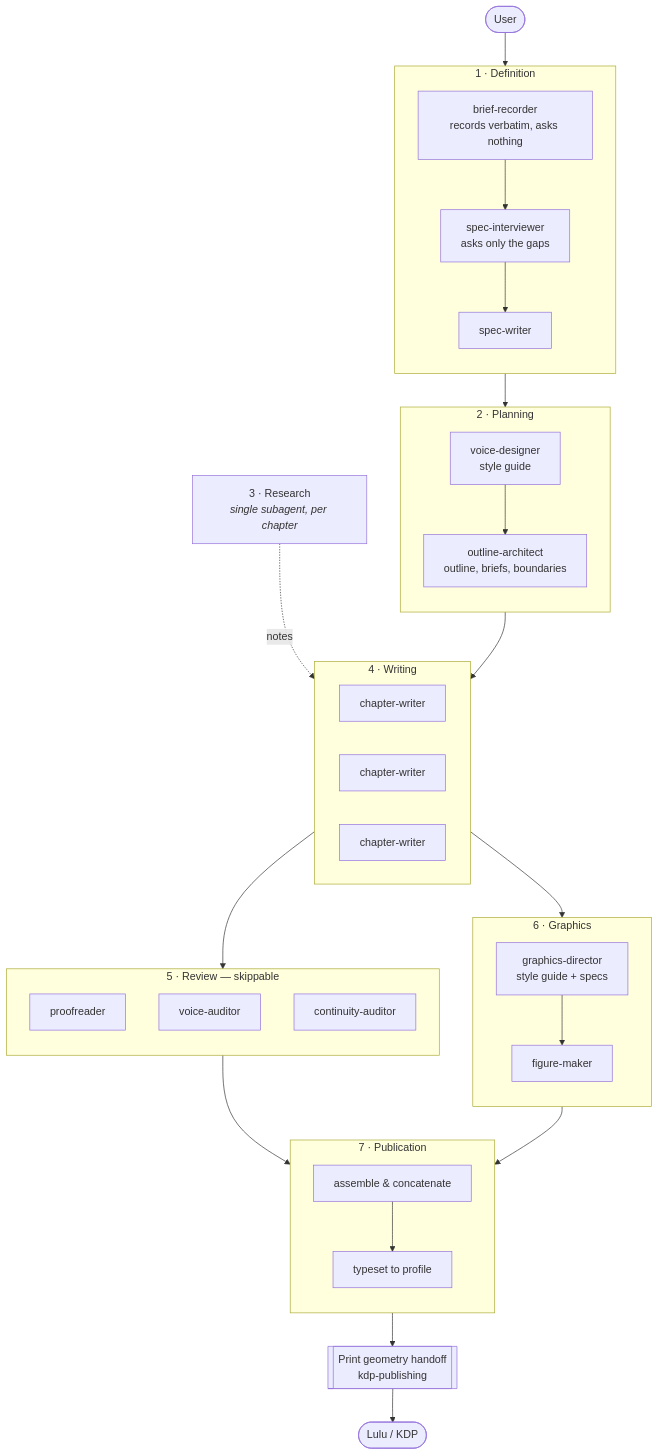
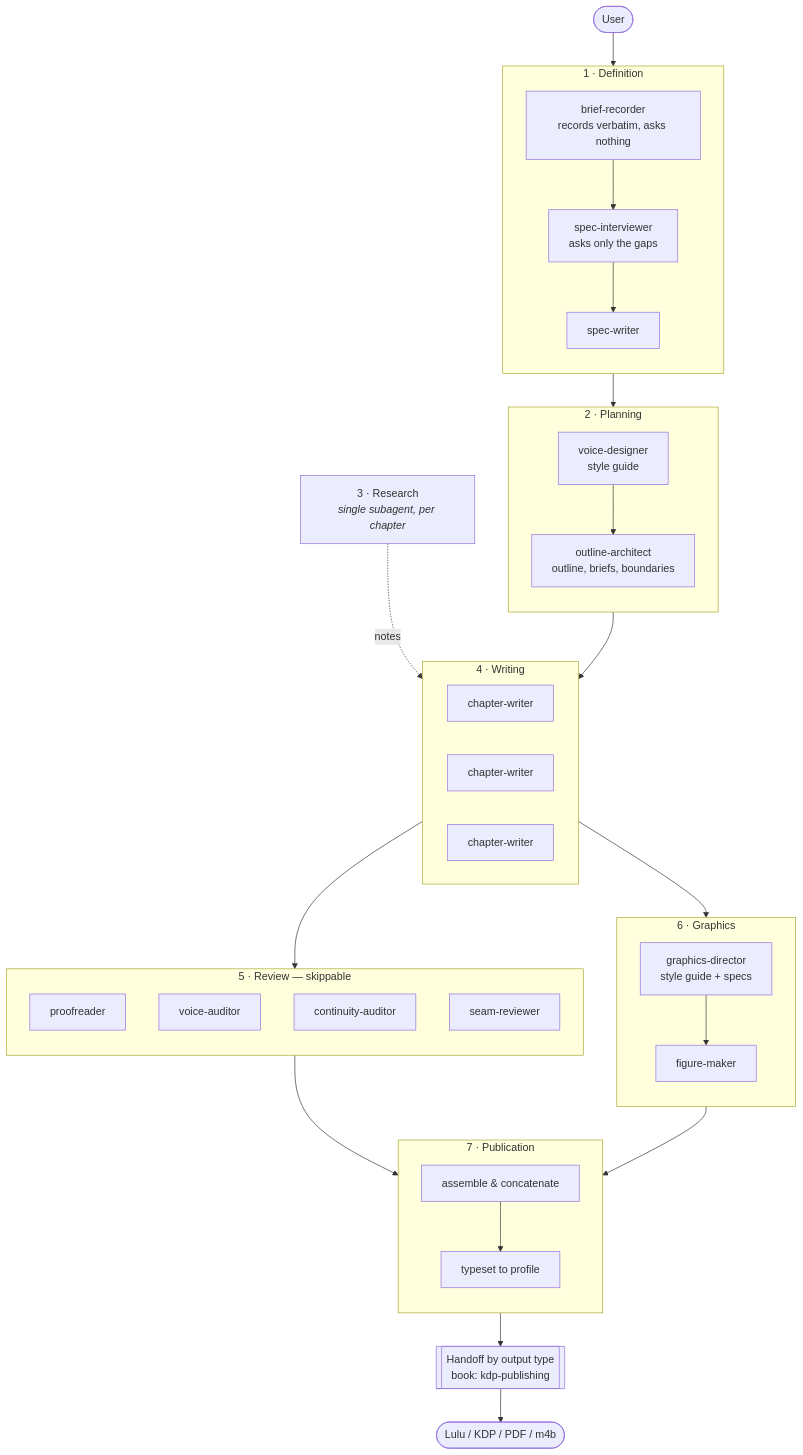
Before and after one commit to danielrosehill/Agentic-Long-Form-Content: the diagram in docs/teams.md, drawn with Mermaid. The commit also changed other lines of this file and 6 other files, not shown here.

````diff
--- a/docs/teams.md
+++ b/docs/teams.md
@@ -8,61 +11,62 @@
 ```mermaid
 flowchart TD
     U([User]) --> BR
 
     subgraph DEF[1 · Definition]
         direction TB
         BR[brief-recorder<br/>records verbatim, asks nothing]
         IV[spec-interviewer<br/>asks only the gaps]
         SW[spec-writer]
         BR --> IV --> SW
     end
 
     SW --> PLAN
 
     subgraph PLAN[2 · Planning]
         direction TB
         VD[voice-designer<br/>style guide]
         OA[outline-architect<br/>outline, briefs, boundaries]
         VD --> OA
     end
 
     OA --> WRITE
     RES[3 · Research<br/><i>single subagent, per chapter</i>] -.notes.-> WRITE
 
     subgraph WRITE[4 · Writing]
         direction LR
         CW1[chapter-writer]
         CW2[chapter-writer]
         CW3[chapter-writer]
     end
 
     WRITE --> REV
     WRITE --> GFX
 
     subgraph REV[5 · Review &mdash; skippable]
         direction TB
         PR[proofreader]
         VA[voice-auditor]
         CA[continuity-auditor]
+        SR[seam-reviewer]
     end
 
     subgraph GFX[6 · Graphics]
         direction TB
         GD[graphics-director<br/>style guide + specs]
         FM[figure-maker]
         GD --> FM
     end
 
     REV --> PUB
     GFX --> PUB
 
     subgraph PUB[7 · Publication]
         direction TB
         AS[assemble &amp; concatenate]
         TS[typeset to profile]
         AS --> TS
     end
 
-    PUB --> HO[[Print geometry handoff<br/>kdp-publishing]]
-    HO --> POD([Lulu / KDP])
+    PUB --> HO[[Handoff by output type<br/>book: kdp-publishing]]
+    HO --> POD([Lulu / KDP / PDF / m4b])
 ```
````
